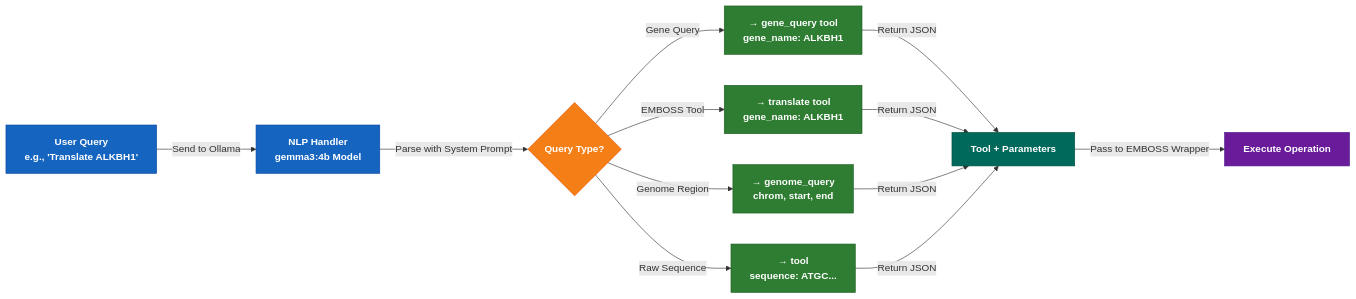
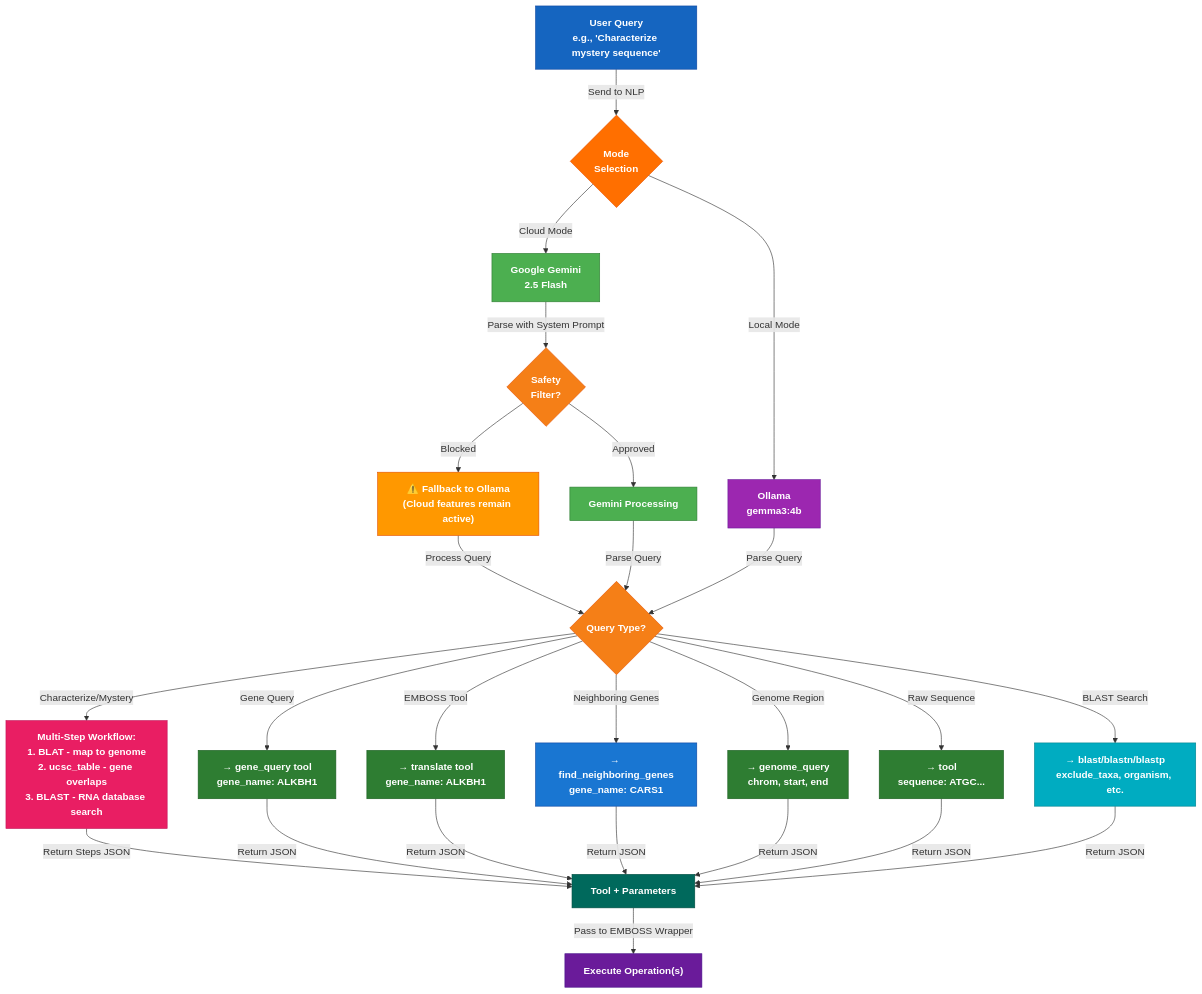
The second of 14 diagrams in ARCHITECTURE.md (caagendaz/BME110-final), drawn with Mermaid before and after one commit. The commit also changed other lines of this file and 3 other files, not shown here.

First line of the commit message:
Remove hardcoded mystery analyzer, enhance BLAT parser, improve FASTA handling, update architecture docs

````diff
--- a/ARCHITECTURE.md
+++ b/ARCHITECTURE.md
@@ -60,28 +90,51 @@
 ```mermaid
-graph LR
-    A["User Query<br/>e.g., 'Translate ALKBH1'"] -->|Send to Ollama| B["NLP Handler<br/>gemma3:4b Model"]
+graph TB
+    A["User Query<br/>e.g., 'Characterize mystery sequence'"] -->|Send to NLP| B{Mode<br/>Selection}
     
-    B -->|Parse with System Prompt| C{Query Type?}
+    B -->|Cloud Mode| C["Google Gemini<br/>2.5 Flash"]
+    B -->|Local Mode| D["Ollama<br/>gemma3:4b"]
     
-    C -->|Gene Query| D["→ gene_query tool<br/>gene_name: ALKBH1"]
-    C -->|EMBOSS Tool| E["→ translate tool<br/>gene_name: ALKBH1"]
-    C -->|Genome Region| F["→ genome_query<br/>chrom, start, end"]
-    C -->|Raw Sequence| G["→ tool<br/>sequence: ATGC..."]
+    C -->|Parse with System Prompt| E{Safety<br/>Filter?}
+    E -->|Blocked| F["⚠️ Fallback to Ollama<br/>(Cloud features remain active)"]
+    E -->|Approved| G["Gemini Processing"]
     
-    D -->|Return JSON| H["Tool + Parameters"]
-    E -->|Return JSON| H
-    F -->|Return JSON| H
-    G -->|Return JSON| H
+    F -->|Process Query| H{Query Type?}
+    G -->|Parse Query| H
+    D -->|Parse Query| H
     
-    H -->|Pass to EMBOSS Wrapper| I["Execute Operation"]
+    H -->|Characterize/Mystery| I["Multi-Step Workflow:<br/>1. BLAT - map to genome<br/>2. ucsc_table - gene overlaps<br/>3. BLAST - RNA database search"]
+    H -->|Gene Query| J["→ gene_query tool<br/>gene_name: ALKBH1"]
+    H -->|EMBOSS Tool| K["→ translate tool<br/>gene_name: ALKBH1"]
+    H -->|Neighboring Genes| L["→ find_neighboring_genes<br/>gene_name: CARS1"]
+    H -->|Genome Region| M["→ genome_query<br/>chrom, start, end"]
+    H -->|Raw Sequence| N["→ tool<br/>sequence: ATGC..."]
+    H -->|BLAST Search| O["→ blast/blastn/blastp<br/>exclude_taxa, organism, etc."]
+    
+    I -->|Return Steps JSON| P["Tool + Parameters"]
+    J -->|Return JSON| P
+    K -->|Return JSON| P
+    L -->|Return JSON| P
+    M -->|Return JSON| P
+    N -->|Return JSON| P
+    O -->|Return JSON| P
+    
+    P -->|Pass to EMBOSS Wrapper| Q["Execute Operation(s)"]
     
     style A fill:#1565c0,stroke:#0d47a1,color:#ffffff,font-weight:bold
-    style B fill:#1565c0,stroke:#0d47a1,color:#ffffff,font-weight:bold
-    style C fill:#f57f17,stroke:#e65100,color:#ffffff,font-weight:bold
-    style D fill:#2e7d32,stroke:#1b5e20,color:#ffffff,font-weight:bold
-    style E fill:#2e7d32,stroke:#1b5e20,color:#ffffff,font-weight:bold
-    style F fill:#2e7d32,stroke:#1b5e20,color:#ffffff,font-weight:bold
-    style G fill:#2e7d32,stroke:#1b5e20,color:#ffffff,font-weight:bold
-    style H fill:#00695c,stroke:#004d40,color:#ffffff,font-weight:bold
-    style I fill:#6a1b9a,stroke:#4a148c,color:#ffffff,font-weight:bold
+    style B fill:#ff6f00,stroke:#e65100,color:#ffffff,font-weight:bold
+    style C fill:#4caf50,stroke:#2e7d32,color:#ffffff,font-weight:bold
+    style D fill:#9c27b0,stroke:#6a1b9a,color:#ffffff,font-weight:bold
+    style E fill:#f57f17,stroke:#e65100,color:#ffffff,font-weight:bold
+    style F fill:#ff9800,stroke:#e65100,color:#ffffff,font-weight:bold
+    style G fill:#4caf50,stroke:#2e7d32,color:#ffffff,font-weight:bold
+    style H fill:#f57f17,stroke:#e65100,color:#ffffff,font-weight:bold
+    style I fill:#e91e63,stroke:#c2185b,color:#ffffff,font-weight:bold
+    style J fill:#2e7d32,stroke:#1b5e20,color:#ffffff,font-weight:bold
+    style K fill:#2e7d32,stroke:#1b5e20,color:#ffffff,font-weight:bold
+    style L fill:#1976d2,stroke:#0d47a1,color:#ffffff,font-weight:bold
+    style M fill:#2e7d32,stroke:#1b5e20,color:#ffffff,font-weight:bold
+    style N fill:#2e7d32,stroke:#1b5e20,color:#ffffff,font-weight:bold
+    style O fill:#00acc1,stroke:#00838f,color:#ffffff,font-weight:bold
+    style P fill:#00695c,stroke:#004d40,color:#ffffff,font-weight:bold
+    style Q fill:#6a1b9a,stroke:#4a148c,color:#ffffff,font-weight:bold
 ```
````
